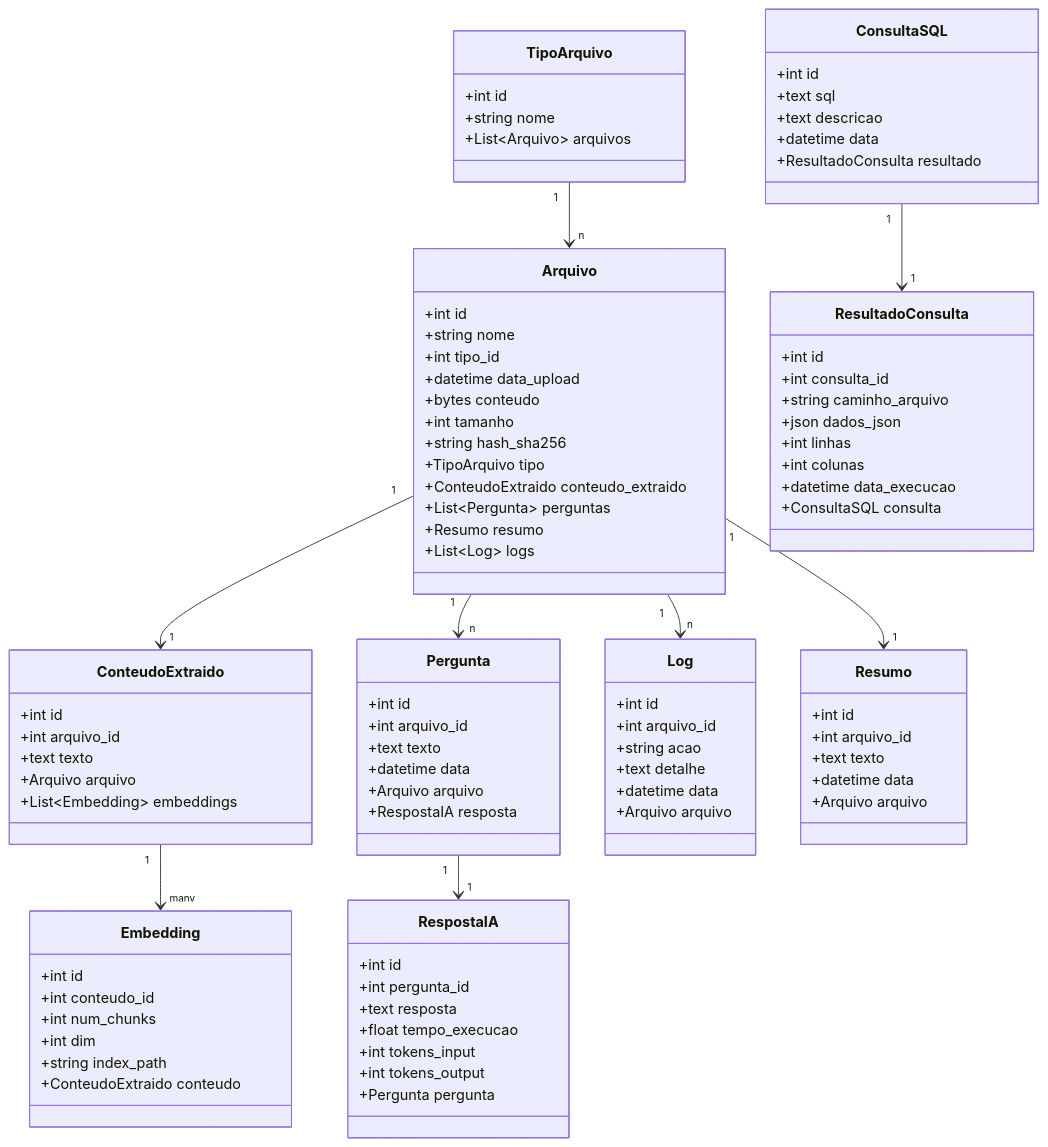
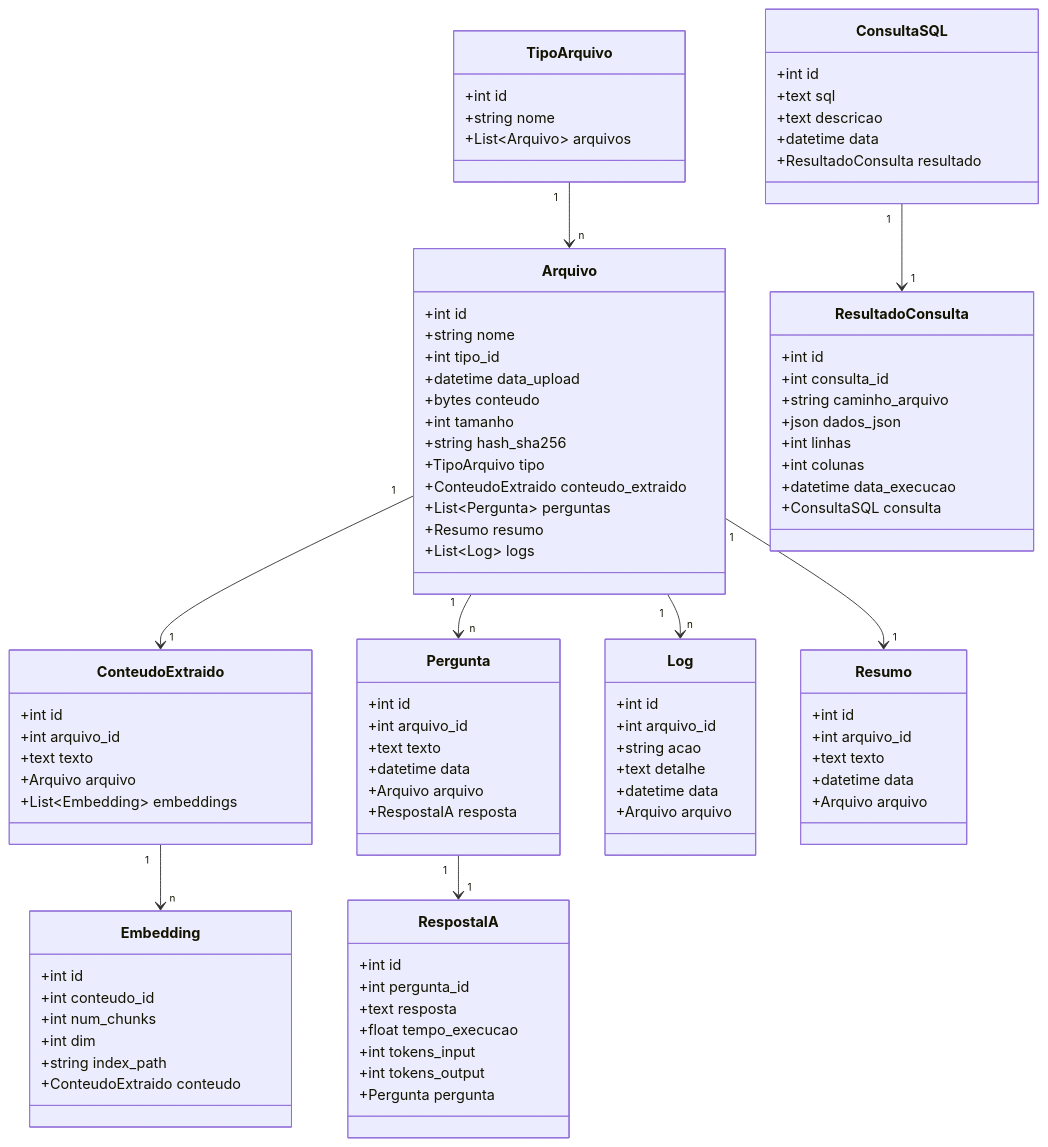
The diagram in README.md (felipecidade94/analisador-arquivos), drawn with Mermaid before and after one commit.

```diff
--- a/README.md
+++ b/README.md
@@ -129,7 +129,7 @@
 
     TipoArquivo "1" --> "n" Arquivo
     Arquivo "1" --> "1" ConteudoExtraido
-    ConteudoExtraido "1" --> "many" Embedding
+    ConteudoExtraido "1" --> "n" Embedding
     Arquivo "1" --> "n" Pergunta
     Pergunta "1" --> "1" RespostaIA
     Arquivo "1" --> "1" Resumo
```
